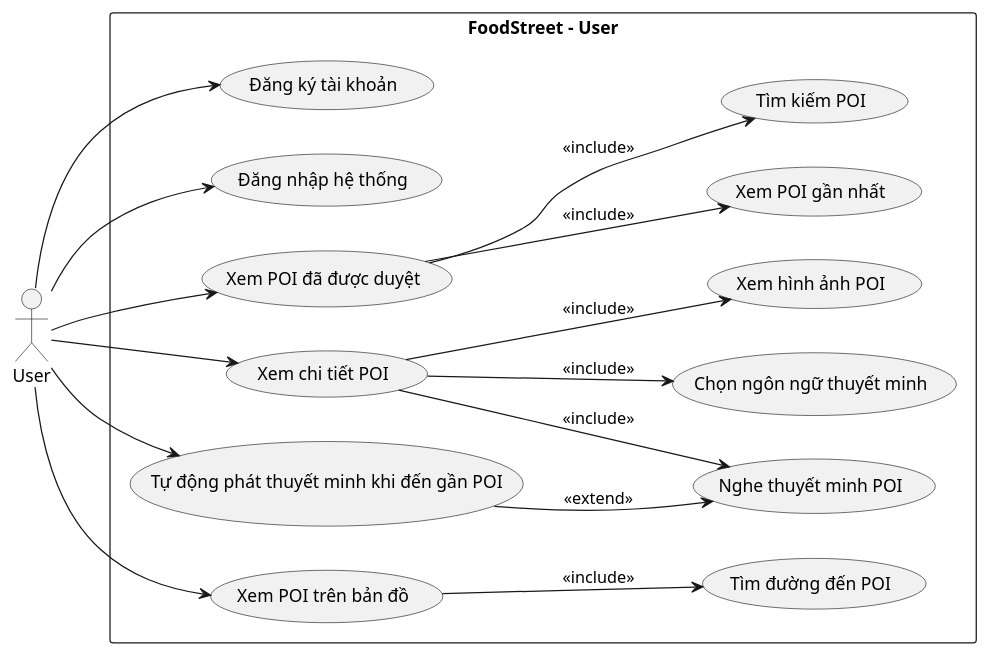
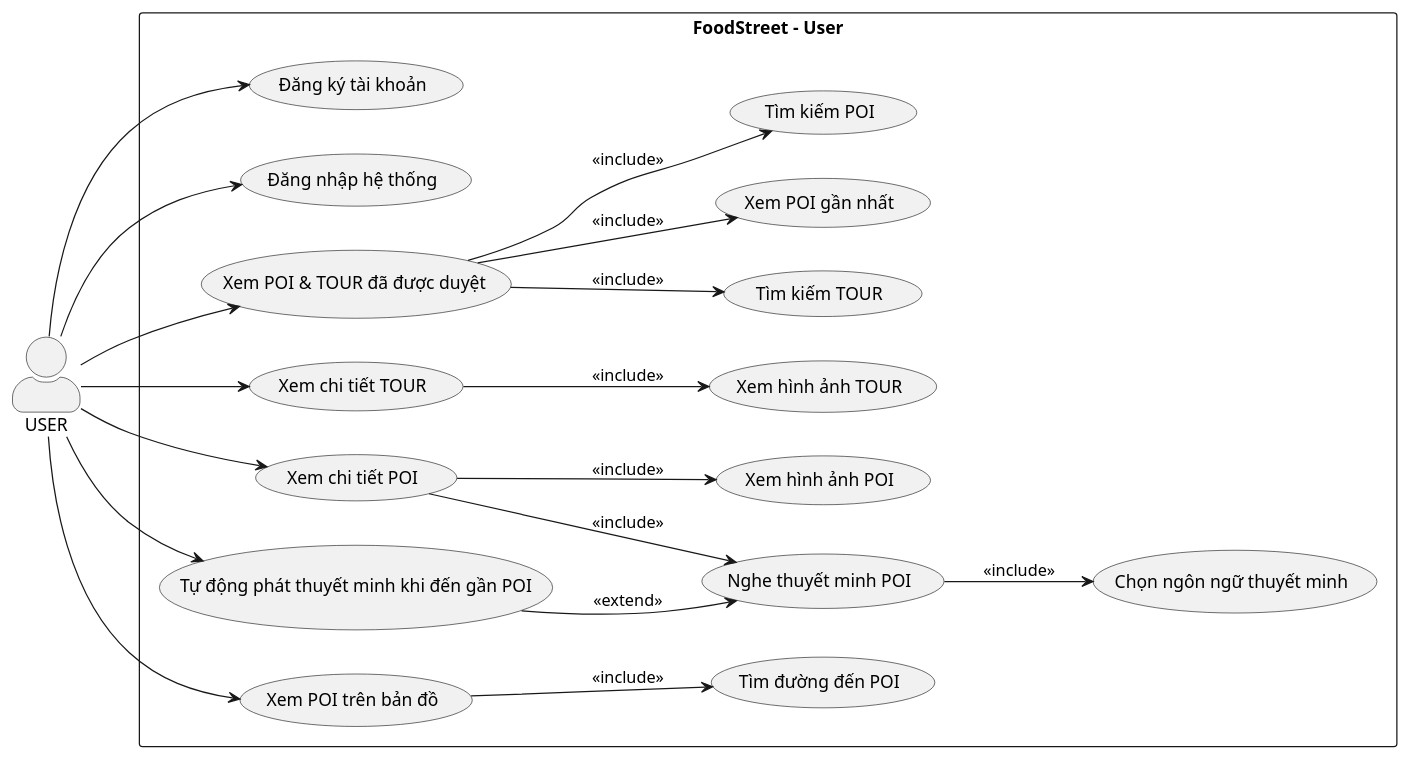
One commit to Quin19FD/foodstreet-guide-platform changed the diagram in UML/UsecaseLuongChiTietUser.puml. Above: the diagram before and after it, drawn with PlantUML. The commit also changed 26 other files, not shown here.

```diff
--- a/UML/UsecaseLuongChiTietUser.puml
+++ b/UML/UsecaseLuongChiTietUser.puml
@@ -1,25 +1,38 @@
 @startuml
 left to right direction
-actor User
+skinparam packageStyle rectangle
+skinparam actorStyle awesome
+
+actor USER as User
 
 rectangle "FoodStreet - User" {
 
+  ' ================= XÁC THỰC =================
   User --> (Đăng ký tài khoản)
   User --> (Đăng nhập hệ thống)
 
-  User --> (Xem POI đã được duyệt)
-  (Xem POI đã được duyệt) --> (Xem POI gần nhất) : <<include>>
-  (Xem POI đã được duyệt) --> (Tìm kiếm POI) : <<include>>
+  ' ================= KHÁM PHÁ =================
+  User --> (Xem POI & TOUR đã được duyệt)
+  (Xem POI & TOUR đã được duyệt) --> (Xem POI gần nhất) : <<include>>
+  (Xem POI & TOUR đã được duyệt) --> (Tìm kiếm POI) : <<include>>
+  (Xem POI & TOUR đã được duyệt) --> (Tìm kiếm TOUR) : <<include>>
 
+  ' ================= CHI TIẾT =================
   User --> (Xem chi tiết POI)
   (Xem chi tiết POI) --> (Xem hình ảnh POI) : <<include>>
-  (Xem chi tiết POI) --> (Chọn ngôn ngữ thuyết minh) : <<include>>
   (Xem chi tiết POI) --> (Nghe thuyết minh POI) : <<include>>
+  (Nghe thuyết minh POI) --> (Chọn ngôn ngữ thuyết minh) : <<include>>
 
+  User --> (Xem chi tiết TOUR)
+  (Xem chi tiết TOUR) --> (Xem hình ảnh TOUR) : <<include>>
+
+  ' ================= BẢN ĐỒ & ĐIỀU HƯỚNG =================
   User --> (Xem POI trên bản đồ)
   (Xem POI trên bản đồ) --> (Tìm đường đến POI) : <<include>>
 
+  ' ================= TỰ ĐỘNG =================
   User --> (Tự động phát thuyết minh khi đến gần POI)
   (Tự động phát thuyết minh khi đến gần POI) --> (Nghe thuyết minh POI) : <<extend>>
 }
+
 @enduml
```
